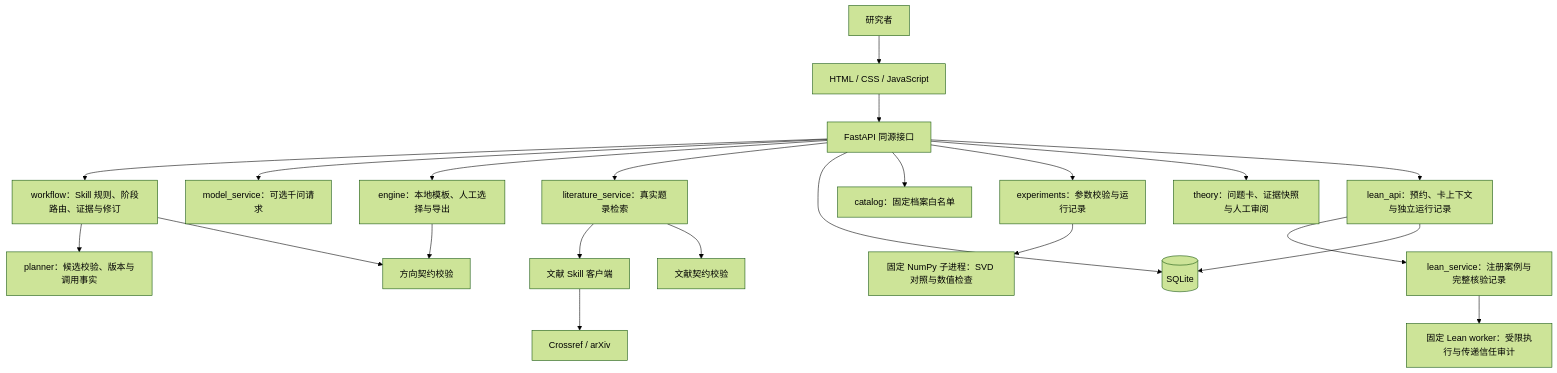
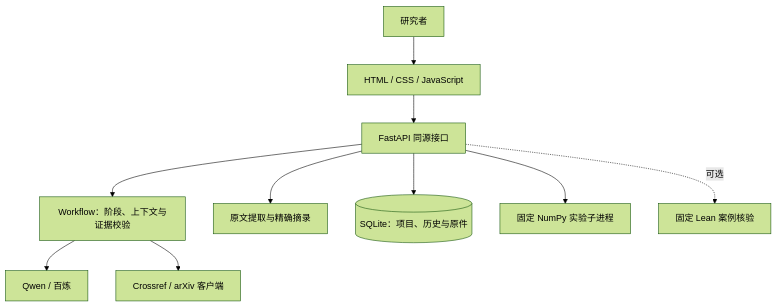
One commit to mingxuanyan07-lgtm/yanzheng-research-workbench changed the diagram in README.md. Above: the diagram before and after it, drawn with Mermaid (forest theme). The commit also changed other lines of this file and 6 other files, not shown here.

````diff
--- a/README.md
+++ b/README.md
@@ -81,24 +43,12 @@
 ```mermaid
 flowchart TD
     U[研究者] --> UI[HTML / CSS / JavaScript]
     UI --> API[FastAPI 同源接口]
-    API --> W[workflow：Skill 规则、阶段路由、证据与修订]
-    W --> P[planner：候选校验、版本与调用事实]
-    API --> M[model_service：可选千问请求]
-    W --> V[方向契约校验]
-    API --> E[engine：本地模板、人工选择与导出]
-    API --> L[literature_service：真实题录检索]
-    L --> C[文献 Skill 客户端]
-    C --> S[Crossref / arXiv]
-    API --> DB[(SQLite)]
-    API --> A[catalog：固定档案白名单]
-    E --> V[方向契约校验]
-    L --> LV[文献契约校验]
-    API --> X[experiments：参数校验与运行记录]
-    X --> N[固定 NumPy 子进程：SVD 对照与数值检查]
-    API --> T[theory：问题卡、证据快照与人工审阅]
-    API --> LA[lean_api：预约、卡上下文与独立运行记录]
-    LA --> LS[lean_service：注册案例与完整核验记录]
-    LS --> LW[固定 Lean worker：受限执行与传递信任审计]
-    LA --> DB
+    API --> WF[Workflow：阶段、上下文与证据校验]
+    WF --> Q[Qwen / 百炼]
+    WF --> L[Crossref / arXiv 客户端]
+    API --> D[原文提取与精确摘录]
+    API --> DB[(SQLite：项目、历史与原件)]
+    API --> N[固定 NumPy 实验子进程]
+    API -. 可选 .-> LEAN[固定 Lean 案例核验]
 ```
````
